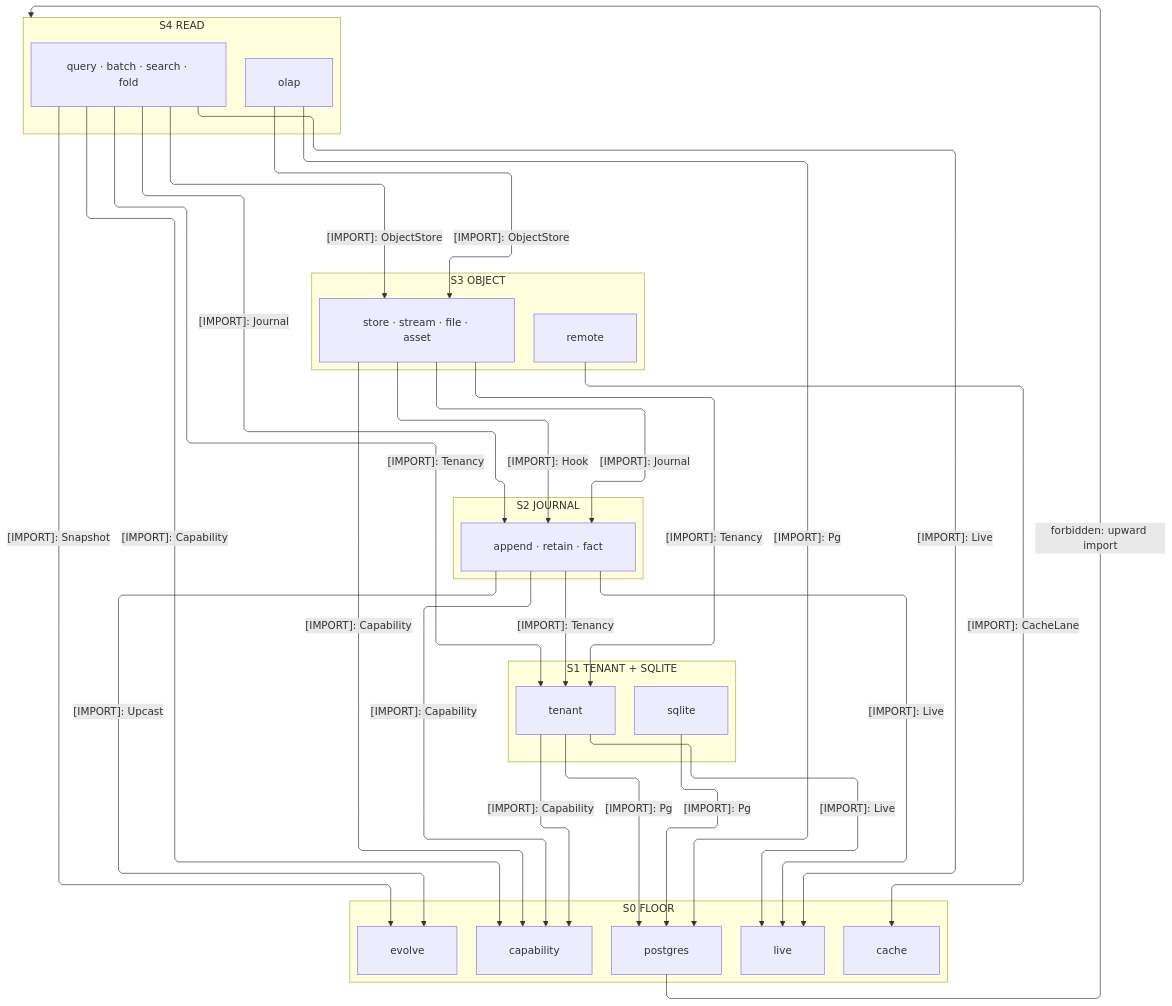
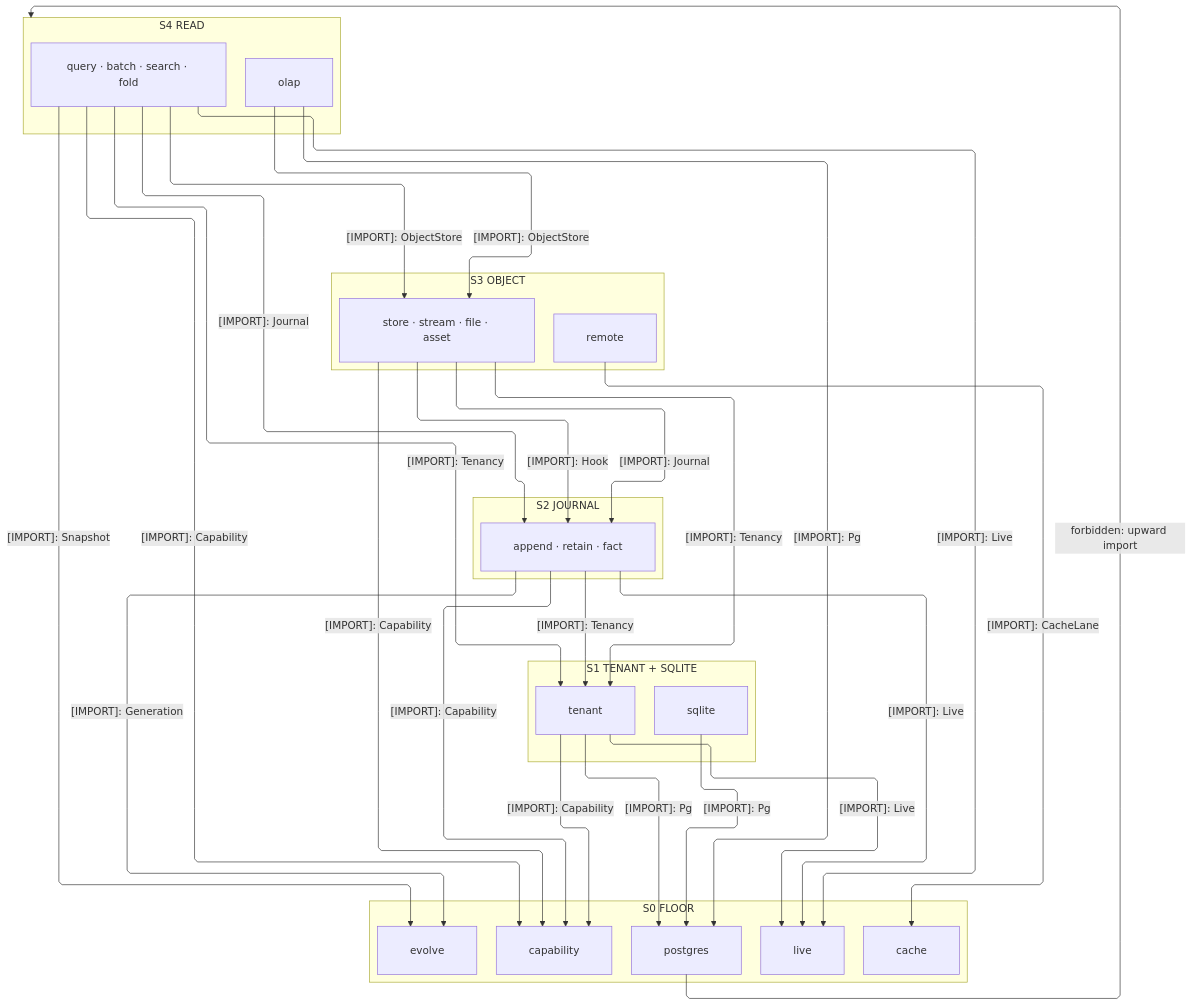
One commit to bsamiee/Rasm changed the first of 3 diagrams in libs/typescript/data/ARCHITECTURE.md. Above: the diagram before and after it, drawn with Mermaid. The commit also changed other lines of this file and 640 other files, not shown here.

````diff
--- a/libs/typescript/data/ARCHITECTURE.md
+++ b/libs/typescript/data/ARCHITECTURE.md
@@ -49,56 +49,56 @@
 ```mermaid
 ---
 config:
   layout: elk
   flowchart:
     curve: linear
     padding: 25
 ---
 flowchart TB
     accTitle: Data interior import strata
     accDescr: How the interior sub-domains rank onto the mint floor, every import downward.
     subgraph S4["S4 READ"]
         Olap[olap]
         Read["query · batch · search · fold"]
     end
     subgraph S3["S3 OBJECT"]
         Object["store · stream · file · asset"]
         Remote[remote]
     end
     subgraph S2["S2 JOURNAL"]
         Journal["append · retain · fact"]
     end
     subgraph S1["S1 TENANT + SQLITE"]
         Tenant[tenant]
         Sqlite[sqlite]
     end
     subgraph S0["S0 FLOOR"]
         Postgres[postgres]
         Capability[capability]
         Evolve[evolve]
         Live[live]
         Cache[cache]
     end
     Tenant e1@-->|"[IMPORT]: Capability"| Capability
     Tenant e2@-->|"[IMPORT]: Pg"| Postgres
     Tenant e3@-->|"[IMPORT]: Live"| Live
     Journal e4@-->|"[IMPORT]: Tenancy"| Tenant
-    Journal e5@-->|"[IMPORT]: Upcast"| Evolve
+    Journal e5@-->|"[IMPORT]: Generation"| Evolve
     Journal e6@-->|"[IMPORT]: Live"| Live
     Journal e7@-->|"[IMPORT]: Capability"| Capability
     Object e8@-->|"[IMPORT]: Journal"| Journal
     Remote e9@-->|"[IMPORT]: CacheLane"| Cache
     Object e10@-->|"[IMPORT]: Capability"| Capability
     Read e11@-->|"[IMPORT]: ObjectStore"| Object
     Read e12@-->|"[IMPORT]: Journal"| Journal
     Read e13@-->|"[IMPORT]: Live"| Live
     Read e14@-->|"[IMPORT]: Capability"| Capability
     Read e15@-->|"[IMPORT]: Snapshot"| Evolve
     Olap e16@-->|"[IMPORT]: ObjectStore"| Object
     Olap e17@-->|"[IMPORT]: Pg"| Postgres
     Sqlite e18@-->|"[IMPORT]: Pg"| Postgres
     Object e19@-->|"[IMPORT]: Hook"| Journal
     Object e20@-->|"[IMPORT]: Tenancy"| Tenant
     Read e21@-->|"[IMPORT]: Tenancy"| Tenant
     Postgres f1@-->|"forbidden: upward import"| S4
 ```
````
